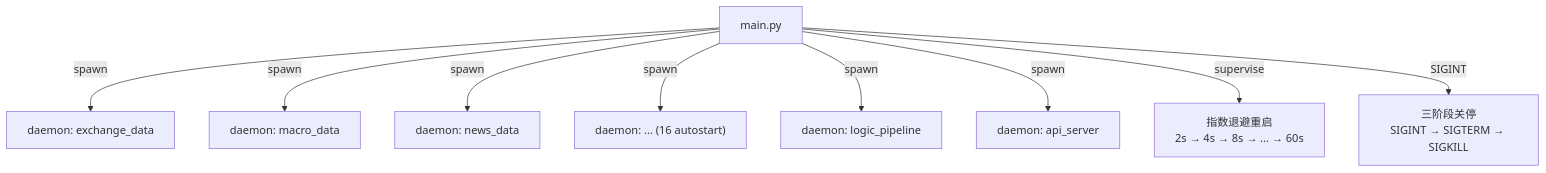
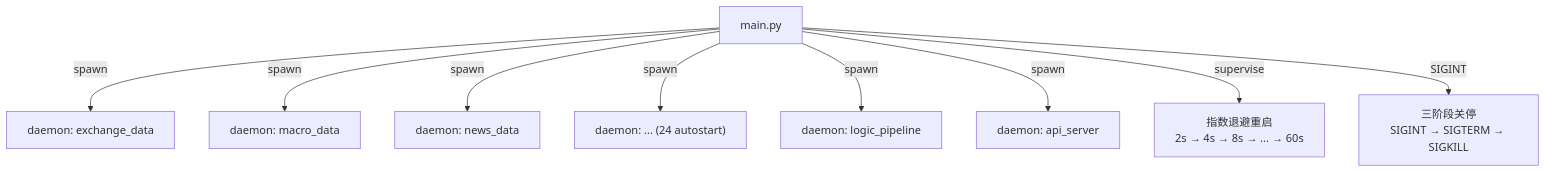
One commit to CnOxx1/EvoQuantV3 changed the sixth of 6 diagrams in ARCHITECTURE.md. Above: the diagram before and after it, drawn with Mermaid. The commit also changed other lines of this file and 4 other files, not shown here.

````diff
--- a/ARCHITECTURE.md
+++ b/ARCHITECTURE.md
@@ -168,12 +177,12 @@
 ```mermaid
 graph TB
     MAIN["main.py"] --> |spawn| D1["daemon: exchange_data"]
     MAIN --> |spawn| D2["daemon: macro_data"]
     MAIN --> |spawn| D3["daemon: news_data"]
-    MAIN --> |spawn| DN["daemon: ... (16 autostart)"]
+    MAIN --> |spawn| DN["daemon: ... (24 autostart)"]
     MAIN --> |spawn| LP["daemon: logic_pipeline"]
     MAIN --> |spawn| API["daemon: api_server"]
 
     MAIN --> |supervise| RESTART["指数退避重启\n2s → 4s → 8s → ... → 60s"]
     MAIN --> |SIGINT| GRACEFUL["三阶段关停\nSIGINT → SIGTERM → SIGKILL"]
 ```
````
